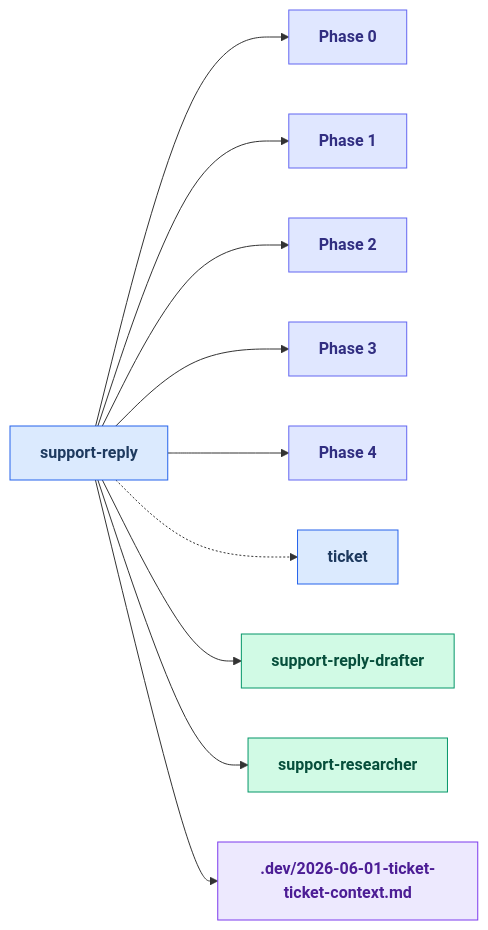
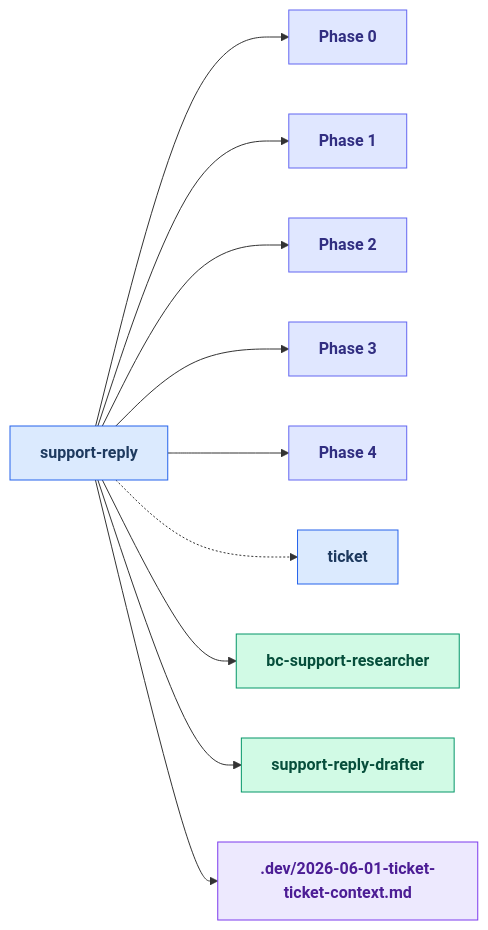
One commit to russell-laing/al-dev-shared changed the third of 25 diagrams in docs/skills_map.md. Above: the diagram before and after it, drawn with Mermaid. The commit also changed other lines of this file and 14 other files, not shown here.

````diff
--- a/docs/skills_map.md
+++ b/docs/skills_map.md
@@ -158,40 +158,40 @@
 ```mermaid
 flowchart LR
     classDef skillNode fill:#dbeafe,stroke:#2563eb,color:#1e3a5f,font-weight:bold
     classDef agentNode fill:#d1fae5,stroke:#059669,color:#064e3b,font-weight:bold
     classDef knowledgeNode fill:#fef3c7,stroke:#d97706,color:#78350f,font-weight:bold
     classDef artifactNode fill:#ede9fe,stroke:#7c3aed,color:#4c1d95,font-weight:bold
     classDef phaseNode fill:#e0e7ff,stroke:#6366f1,color:#312e81,font-weight:bold
 
     skill_support_reply[support-reply]
     Phase0["Phase 0"]
     Phase1["Phase 1"]
     Phase2["Phase 2"]
     Phase3["Phase 3"]
     Phase4["Phase 4"]
     skill_ticket[ticket]
+    agent_bc_support_researcher[bc-support-researcher]
     agent_support_reply_drafter[support-reply-drafter]
-    agent_support_researcher[support-researcher]
     artifact_2026_06_01_ticket_ticket_context_md[.dev/2026-06-01-ticket-ticket-context.md]
 
     skill_support_reply --> Phase0
     skill_support_reply --> Phase1
     skill_support_reply --> Phase2
     skill_support_reply --> Phase3
     skill_support_reply --> Phase4
     skill_support_reply -.-> skill_ticket
+    skill_support_reply --> agent_bc_support_researcher
     skill_support_reply --> agent_support_reply_drafter
-    skill_support_reply --> agent_support_researcher
     skill_support_reply --> artifact_2026_06_01_ticket_ticket_context_md
 
     class skill_support_reply skillNode
     class Phase0 phaseNode
     class Phase1 phaseNode
     class Phase2 phaseNode
     class Phase3 phaseNode
     class Phase4 phaseNode
     class skill_ticket skillNode
+    class agent_bc_support_researcher agentNode
     class agent_support_reply_drafter agentNode
-    class agent_support_researcher agentNode
     class artifact_2026_06_01_ticket_ticket_context_md artifactNode
 ```
````
